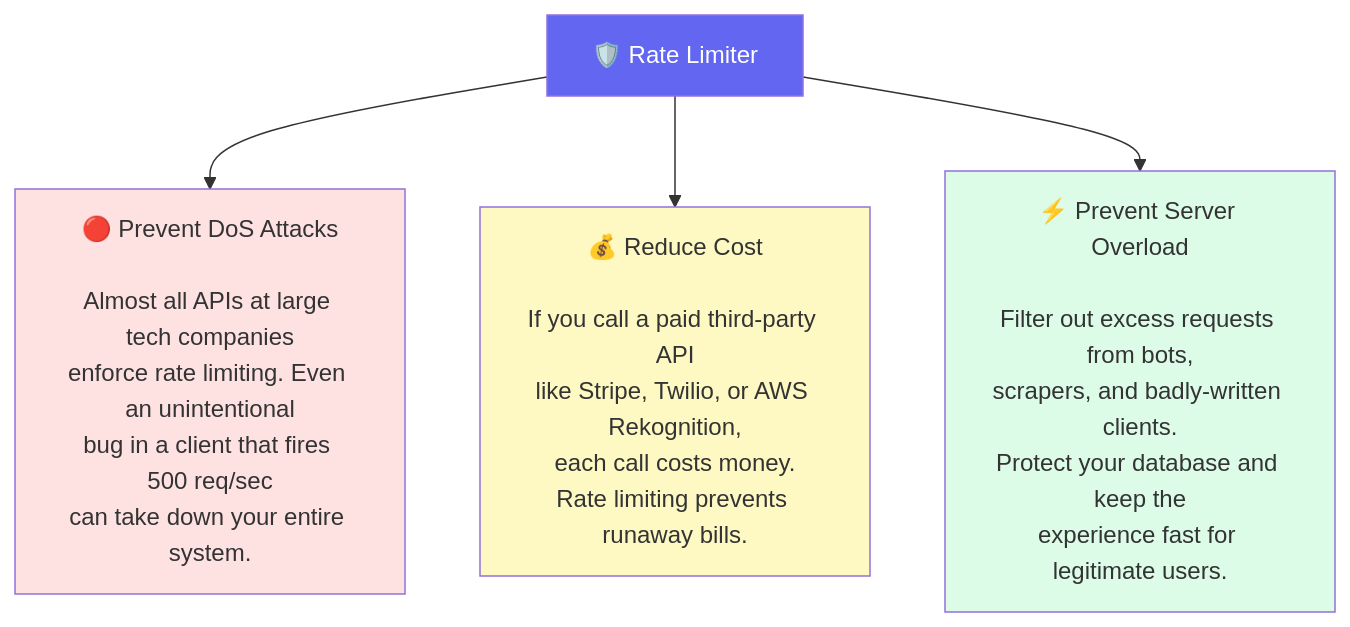
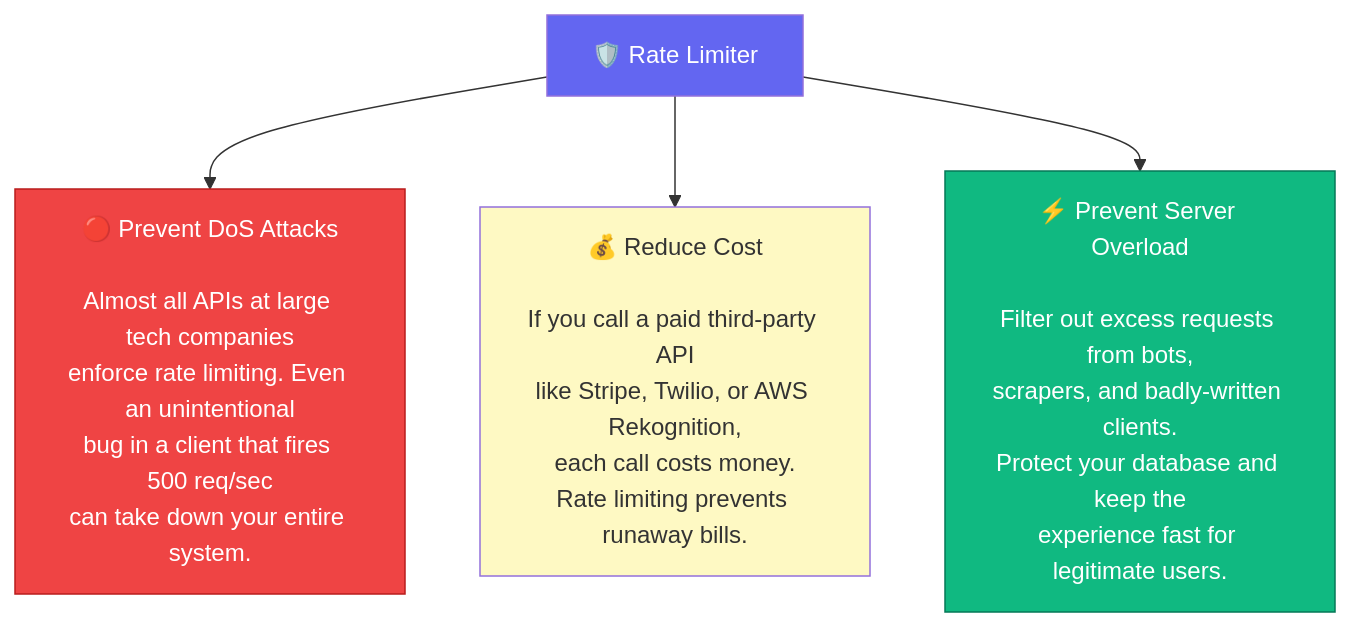
One commit to devops-monk/system-design-blog changed the first of 26 diagrams in content/posts/2026/design-a-rate-limiter.md. Above: the diagram before and after it, drawn with Mermaid. The commit also changed other lines of this file and 5 other files, not shown here.

````diff
--- a/content/posts/2026/design-a-rate-limiter.md
+++ b/content/posts/2026/design-a-rate-limiter.md
@@ -42,13 +42,13 @@
 ```mermaid
 graph TD
     RL["🛡️ Rate Limiter"]
 
     RL --> R1["🔴 Prevent DoS Attacks\n\nAlmost all APIs at large tech companies\nenforce rate limiting. Even an unintentional\nbug in a client that fires 500 req/sec\ncan take down your entire system."]
     RL --> R2["💰 Reduce Cost\n\nIf you call a paid third-party API\nlike Stripe, Twilio, or AWS Rekognition,\neach call costs money.\nRate limiting prevents runaway bills."]
     RL --> R3["⚡ Prevent Server Overload\n\nFilter out excess requests from bots,\nscrapers, and badly-written clients.\nProtect your database and keep the\nexperience fast for legitimate users."]
 
     style RL fill:#6366f1,color:#fff
-    style R1 fill:#fee2e2
+    style R1 fill:#EF4444,stroke:#B91C1C,color:#fff
     style R2 fill:#fef9c3
-    style R3 fill:#dcfce7
+    style R3 fill:#10B981,stroke:#047857,color:#fff
 ```
````
